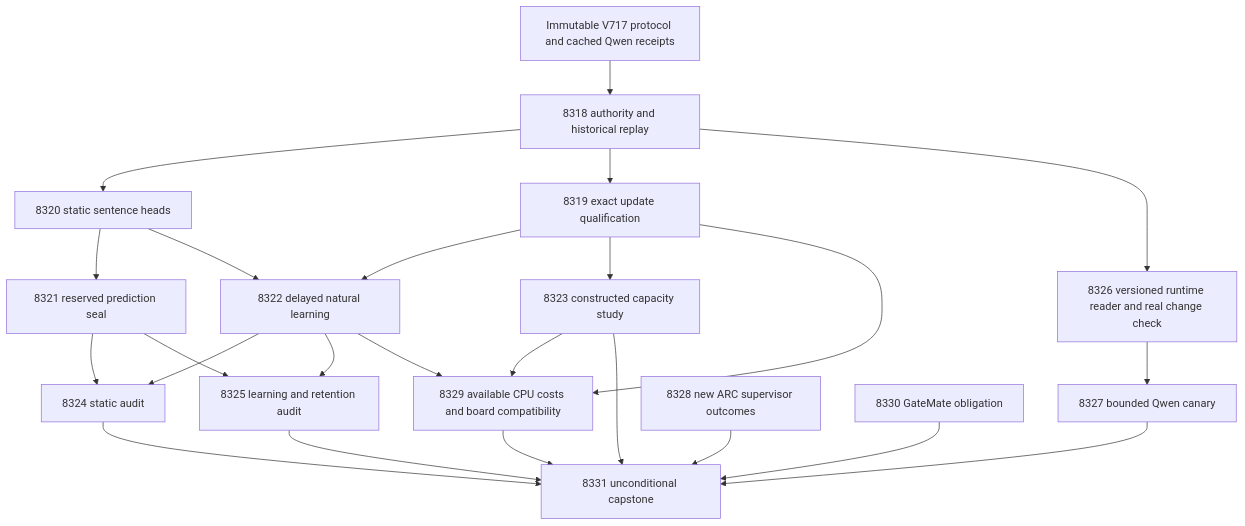
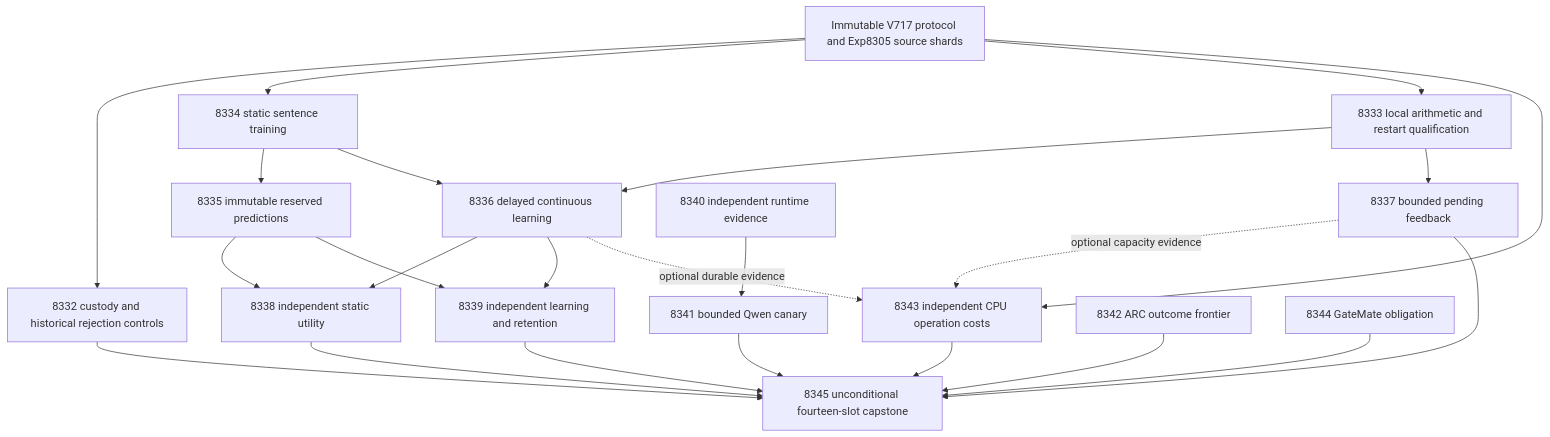
The diagram in openspec/change-proposals/research-roadmap-vNEXT.md (Carnot-EBM/carnot-ebm), drawn with Mermaid before and after one commit. The commit also changed other lines of this file and 17 other files, not shown here.

````diff
--- a/openspec/change-proposals/research-roadmap-vNEXT.md
+++ b/openspec/change-proposals/research-roadmap-vNEXT.md
@@ -99,26 +92,26 @@
 ```mermaid
 flowchart TD
-    H[Immutable V717 protocol and cached Qwen receipts] --> C[8318 authority and historical replay]
-    C --> F[8320 static sentence heads]
-    C --> K[8319 exact update qualification]
-    F --> S[8321 reserved prediction seal]
-    F --> L[8322 delayed natural learning]
+    P[Immutable V717 protocol and Exp8305 source shards] --> C[8332 custody and historical rejection controls]
+    P --> F[8334 static sentence training]
+    P --> K[8333 local arithmetic and restart qualification]
+    F --> S[8335 immutable reserved predictions]
+    F --> L[8336 delayed continuous learning]
     K --> L
-    K --> Q[8323 constructed capacity study]
-    S --> A[8324 static audit]
+    K --> Q[8337 bounded pending feedback]
+    S --> A[8338 independent static utility]
     L --> A
-    S --> B[8325 learning and retention audit]
+    S --> B[8339 independent learning and retention]
     L --> B
-    C --> R[8326 versioned runtime reader and real change check]
-    R --> G[8327 bounded Qwen canary]
-    K --> W[8329 available CPU costs and board compatibility]
-    L --> W
-    Q --> W
-    X[8328 new ARC supervisor outcomes] --> Z[8331 unconditional capstone]
-    Y[8330 GateMate obligation] --> Z
+    R[8340 independent runtime evidence] --> G[8341 bounded Qwen canary]
+    P --> W[8343 independent CPU operation costs]
+    L -. optional durable evidence .-> W
+    Q -. optional capacity evidence .-> W
+    C --> Z[8345 unconditional fourteen-slot capstone]
     A --> Z
     B --> Z
     Q --> Z
     G --> Z
     W --> Z
+    X[8342 ARC outcome frontier] --> Z
+    Y[8344 GateMate obligation] --> Z
 ```
````
